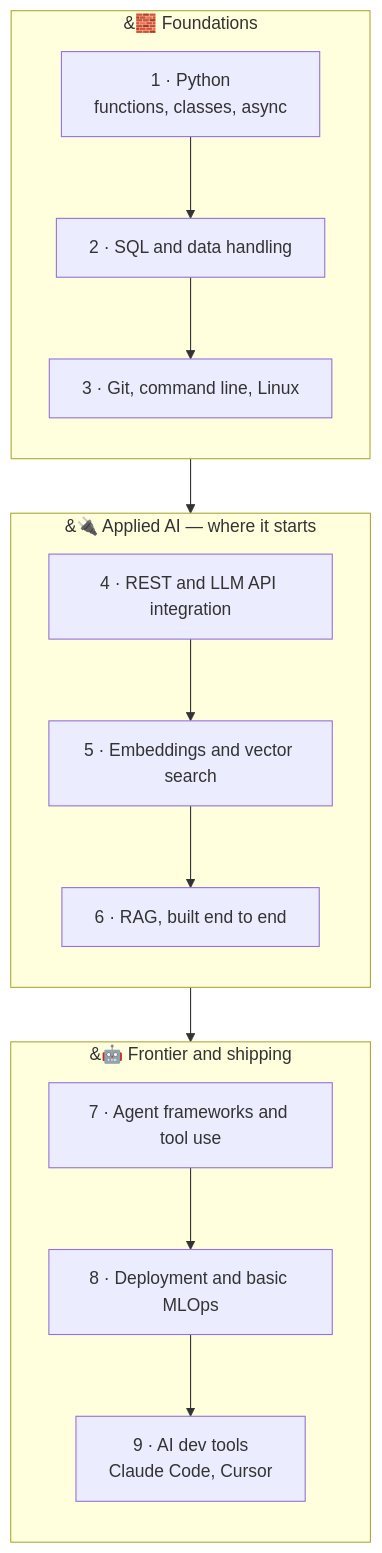
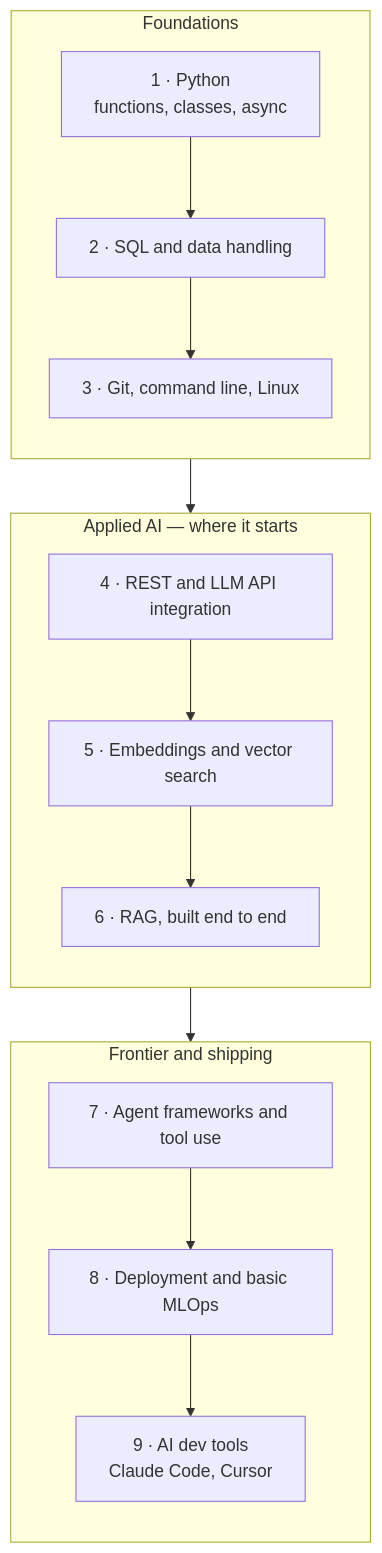
Before and after one commit to wilsonwu-ai/ai-engineer-2026: the third of 10 diagrams in README.md, drawn with Mermaid. The commit also changed other lines of this file, not shown here.

Commit message:
polish: drop subgraph-title emoji (numeric entities left a stray & on GitHub Mermaid)

````diff
--- a/README.md
+++ b/README.md
@@ -89,26 +89,26 @@
 ```mermaid
 flowchart TD
-    subgraph FOUND["&#129521; Foundations"]
+    subgraph FOUND["Foundations"]
         direction TB
         A["1 &middot; Python<br/>functions, classes, async"]
         B["2 &middot; SQL and data handling"]
         C["3 &middot; Git, command line, Linux"]
         A --> B --> C
     end
-    subgraph APPLIED["&#128268; Applied AI — where it starts"]
+    subgraph APPLIED["Applied AI — where it starts"]
         direction TB
         D["4 &middot; REST and LLM API integration"]
         E["5 &middot; Embeddings and vector search"]
         F["6 &middot; RAG, built end to end"]
         D --> E --> F
     end
-    subgraph FRONTIER["&#129302; Frontier and shipping"]
+    subgraph FRONTIER["Frontier and shipping"]
         direction TB
         G["7 &middot; Agent frameworks and tool use"]
         H["8 &middot; Deployment and basic MLOps"]
         I["9 &middot; AI dev tools<br/>Claude Code, Cursor"]
         G --> H --> I
     end
     C --> D
     F --> G
 ```
````
